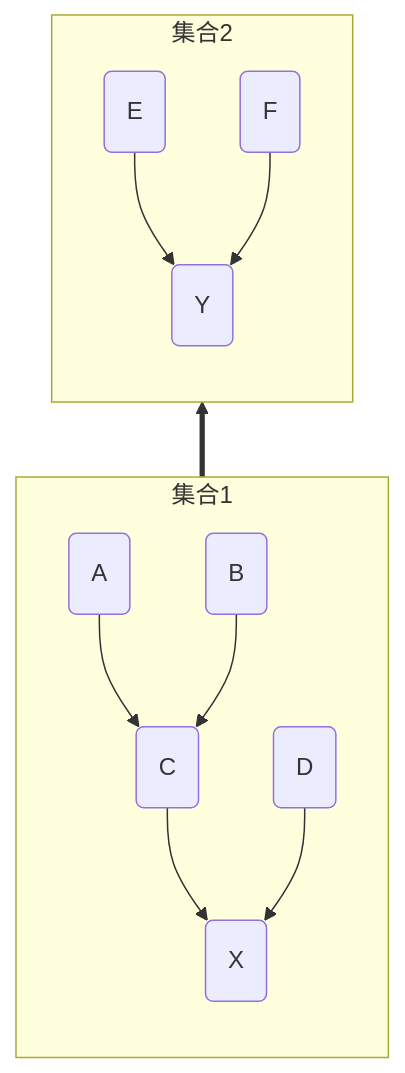
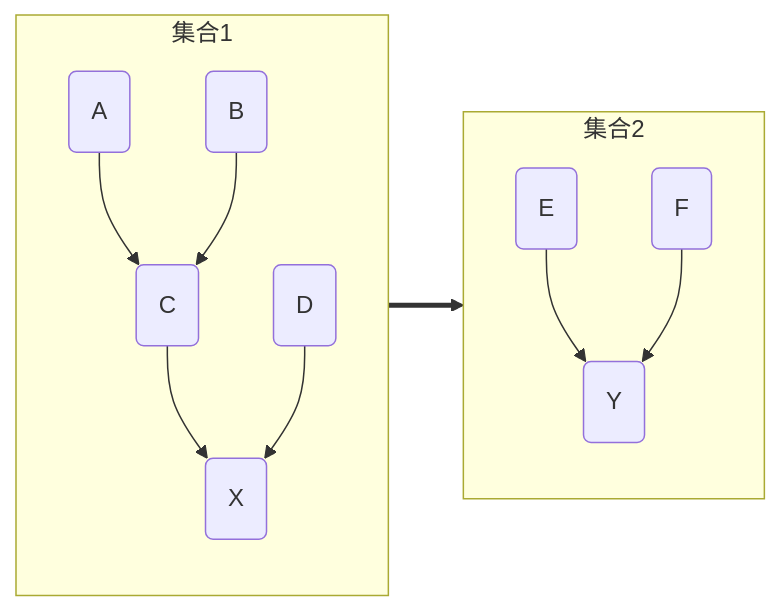
One commit to dmjcb/SelfBlog changed the fourth of 6 diagrams in DataStructures/Graph/并查集与最小生成树.md. Above: the diagram before and after it, drawn with Mermaid. The commit also changed other lines of this file and 28 other files, not shown here.

````diff
--- a/DataStructures/Graph/并查集与最小生成树.md
+++ b/DataStructures/Graph/并查集与最小生成树.md
@@ -128,19 +128,19 @@
 ```mermaid
-graph BT;
+graph LR;
     subgraph 集合2
     direction TB
         e(E)-->y(Y)
         f(F)-->y(Y)
     end
 
     subgraph 集合1
     direction TB
         a(A)-->c(C)
         b(B)-->c(C)
         c(C)-->x(X)
 
         d(D)-->x(X)
     end
 
     x(X)==>y(Y)
 ```
````
